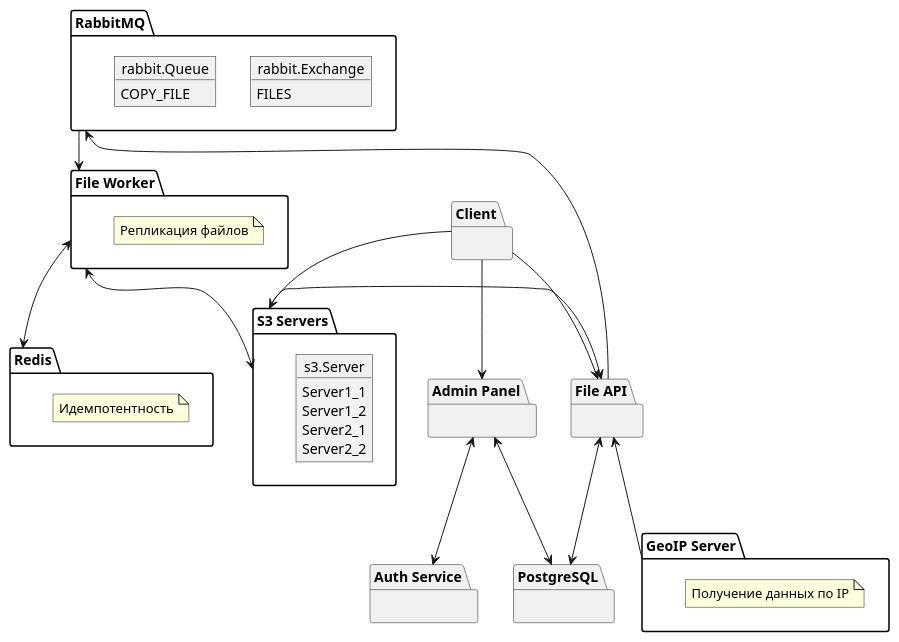
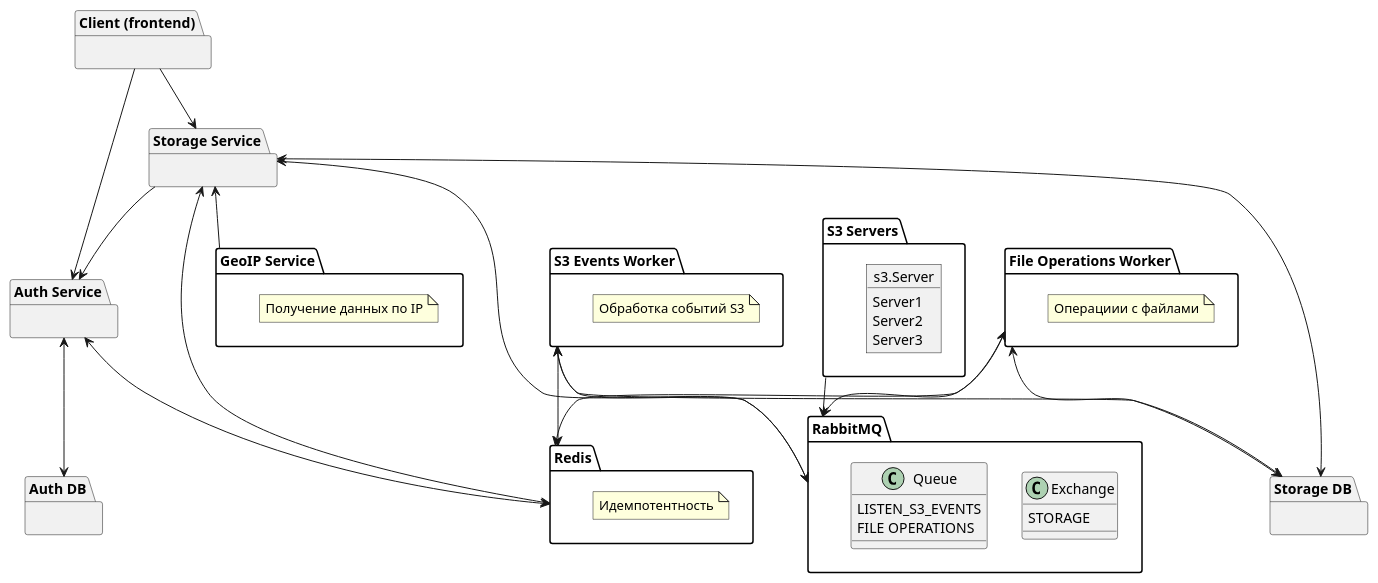
One commit to vokson/graduate_work changed the diagram in scheme.puml. Above: the diagram before and after it, drawn with PlantUML. The commit also changed 3 other files, not shown here.

```diff
--- a/scheme.puml
+++ b/scheme.puml
@@ -1,52 +1,64 @@
 @startuml
 
-package "Client" as client {}
-package "Admin Panel" as admin {}
-package "PostgreSQL" as db {}
-package "File API" as api {}
+package "Client (frontend)" as client {}
 
 package "Auth Service" as auth {}
-package "GeoIP Server" as geo {
-  note "Получение данных по IP" as N2
+package "Auth DB" as auth_db {}
+
+package "Storage Service" as storage {}
+package "Storage DB" as storage_db {}
+
+package "GeoIP Service" as geo {
+  note "Получение данных по IP" as N1
 }
 
 together {
 package "RabbitMQ" as rabbit {
-  object rabbit.Exchange
-  rabbit.Exchange : FILES
+  rabbit.Exchange : STORAGE
 
-  object rabbit.Queue
-  rabbit.Queue : COPY_FILE
+  rabbit.Queue : LISTEN_S3_EVENTS
+  rabbit.Queue : FILE OPERATIONS
 }
 
 package "Redis" as redis {
-    note "Идемпотентность" as N3
+    note "Идемпотентность" as N2
 }
 
 package "S3 Servers" as s3 {
     object s3.Server
-    s3.Server : Server1_1
-    s3.Server : Server1_2
-    s3.Server : Server2_1
-    s3.Server : Server2_2
+    s3.Server : Server1
+    s3.Server : Server2
+    s3.Server : Server3
 }
-  package "File Worker" as worker {
-  note "Репликация файлов" as N1
+
+package "S3 Events Worker" as s3_worker {
+  note "Обработка событий S3" as N3
 }
-  }
 
-client --> api
-client --> admin
-client --> s3
-admin <--> db
-api <--> db
-api <-- geo
-s3 --> api
-admin <--> auth
-api --> rabbit
-rabbit --> worker
-worker <--> s3
-worker <--> redis
+package "File Operations Worker" as file_worker {
+  note "Операциии с файлами" as N4
+}
 
+}
+
+client --> auth
+client --> storage
+storage --> auth
+
+auth <--> auth_db
+storage <--> storage_db
+file_worker <--> storage_db
+s3_worker <--> storage_db
+storage <-- geo
+
+s3 --> rabbit
+storage <--> rabbit
+s3_worker <--> rabbit
+file_worker <--> rabbit
+
+auth <--> redis
+storage <--> redis
+s3_worker <--> redis
+file_worker <--> redis
 
 @enduml
```
